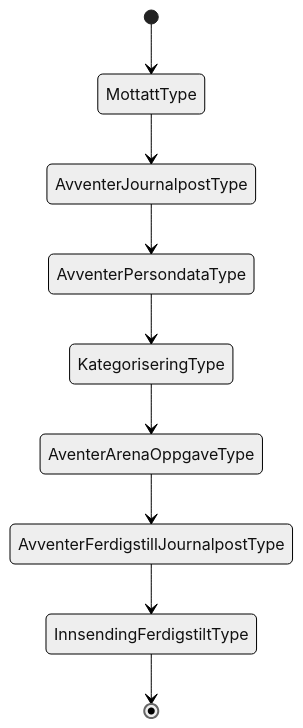
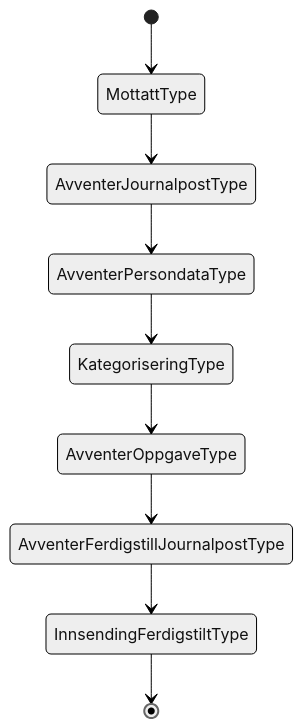
The diagram in docs/arkitektur/tilstander/NAV 90-00.08.approved.md (navikt/dp-mottak), drawn with Mermaid (neutral theme) before and after one commit. The commit also changed 7 other files, not shown here.

````diff
--- a/docs/arkitektur/tilstander/NAV 90-00.08.approved.md
+++ b/docs/arkitektur/tilstander/NAV 90-00.08.approved.md
@@ -3,11 +3,11 @@
 ```mermaid
    stateDiagram
    [*]-->MottattType
    	MottattType --> AvventerJournalpostType
 	AvventerJournalpostType --> AvventerPersondataType
 	AvventerPersondataType --> KategoriseringType
-	KategoriseringType --> AventerArenaOppgaveType
-	AventerArenaOppgaveType --> AvventerFerdigstillJournalpostType
+	KategoriseringType --> AvventerOppgaveType
+	AvventerOppgaveType --> AvventerFerdigstillJournalpostType
 	AvventerFerdigstillJournalpostType --> InnsendingFerdigstiltType
    InnsendingFerdigstiltType--> [*]    
 ```
````
